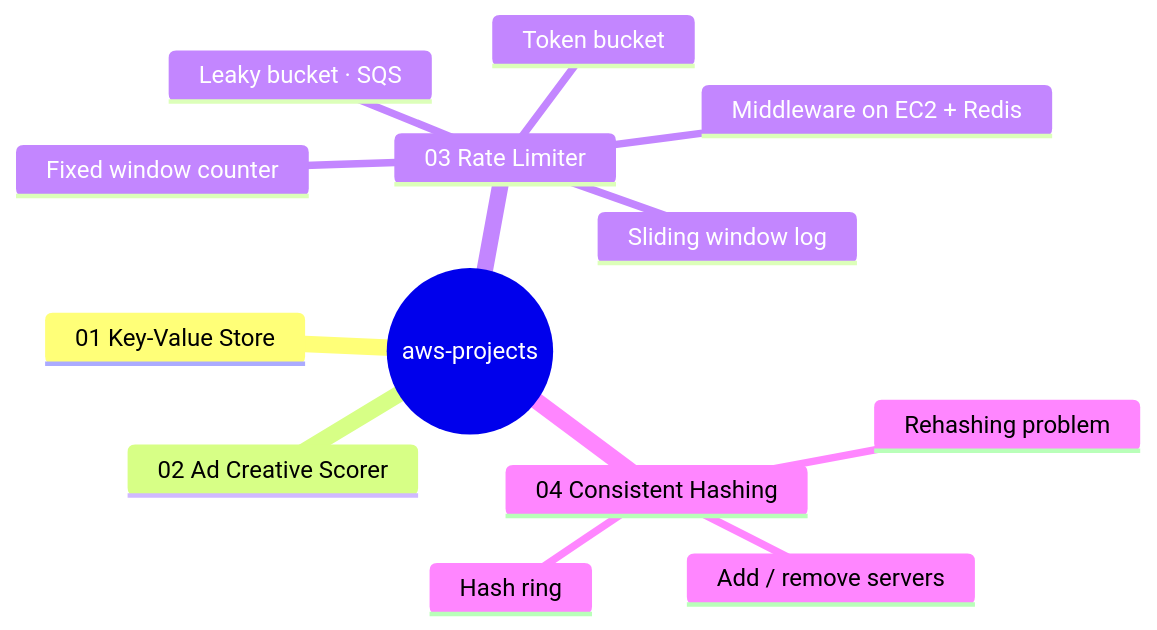
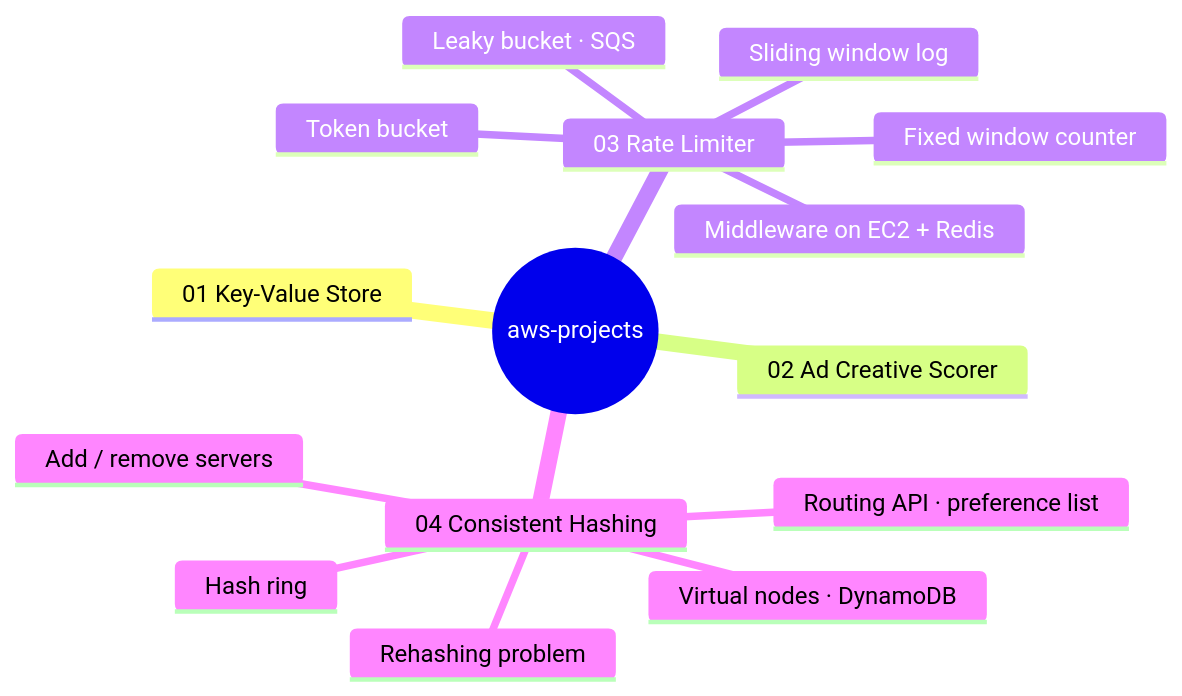
The first of 3 diagrams in README.md (TareDevarsh/AWS-cloudformation-projects), drawn with Mermaid before and after one commit. The commit also changed other lines of this file and 13 other files, not shown here.

First line of the commit message:
feat(04): hash ring with virtual nodes, DynamoDB storage and IAM routing API

````diff
--- a/README.md
+++ b/README.md
@@ -56,16 +59,18 @@
 ```mermaid
 mindmap
   root((aws-projects))
     01 Key-Value Store
     02 Ad Creative Scorer
     03 Rate Limiter
       Middleware on EC2 + Redis
       Token bucket
       Leaky bucket · SQS
       Sliding window log
       Fixed window counter
     04 Consistent Hashing
       Rehashing problem
       Hash ring
       Add / remove servers
+      Virtual nodes · DynamoDB
+      Routing API · preference list
 ```
````
